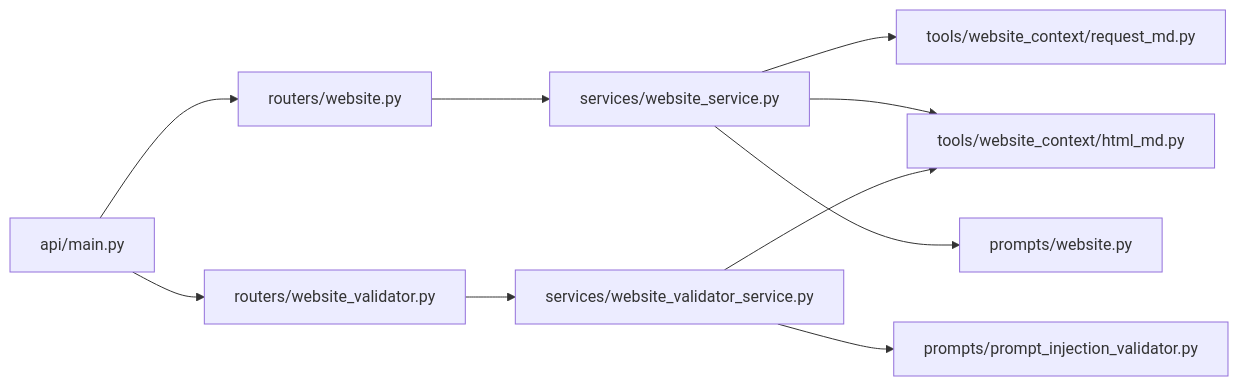
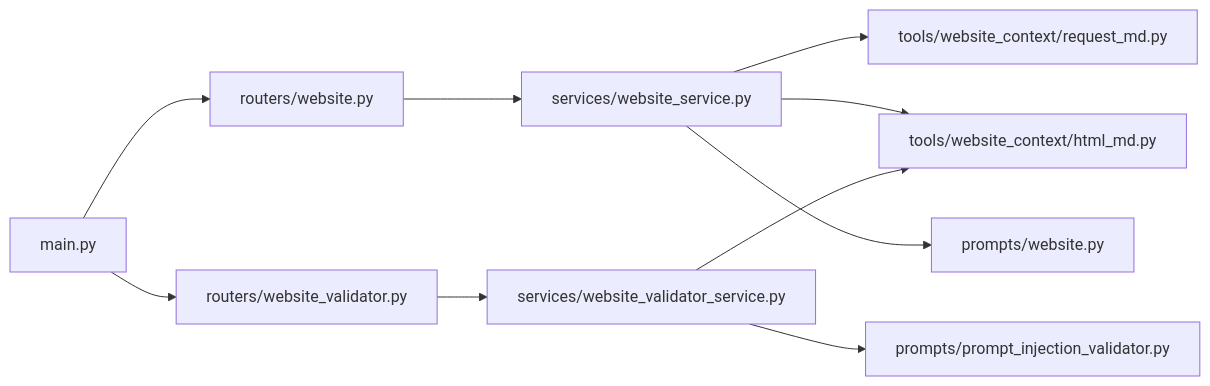
The fifth of 5 diagrams in src/data/docs/agentic-browser/API Server/Website Processing API.md (tashifkhan/tashif.codes), drawn with Mermaid before and after one commit. The commit also changed other lines of this file and 2128 other files, not shown here.

First line of the commit message:
docs: replace raster diagram images with native Mermaid across project guides

````diff
--- a/src/data/docs/agentic-browser/API Server/Website Processing API.md
+++ b/src/data/docs/agentic-browser/API Server/Website Processing API.md
@@ -194,12 +184,12 @@
 ```mermaid
 graph LR
-API["api/main.py"] --> RT1["routers/website.py"]
+API["main.py"] --> RT1["routers/website.py"]
 API --> RT2["routers/website_validator.py"]
 RT1 --> SVC1["services/website_service.py"]
 RT2 --> SVC2["services/website_validator_service.py"]
 SVC1 --> JINA["tools/website_context/request_md.py"]
 SVC1 --> HM["tools/website_context/html_md.py"]
 SVC1 --> PROMPT["prompts/website.py"]
 SVC2 --> HM
 SVC2 --> VPROMPT["prompts/prompt_injection_validator.py"]
 ```
````
